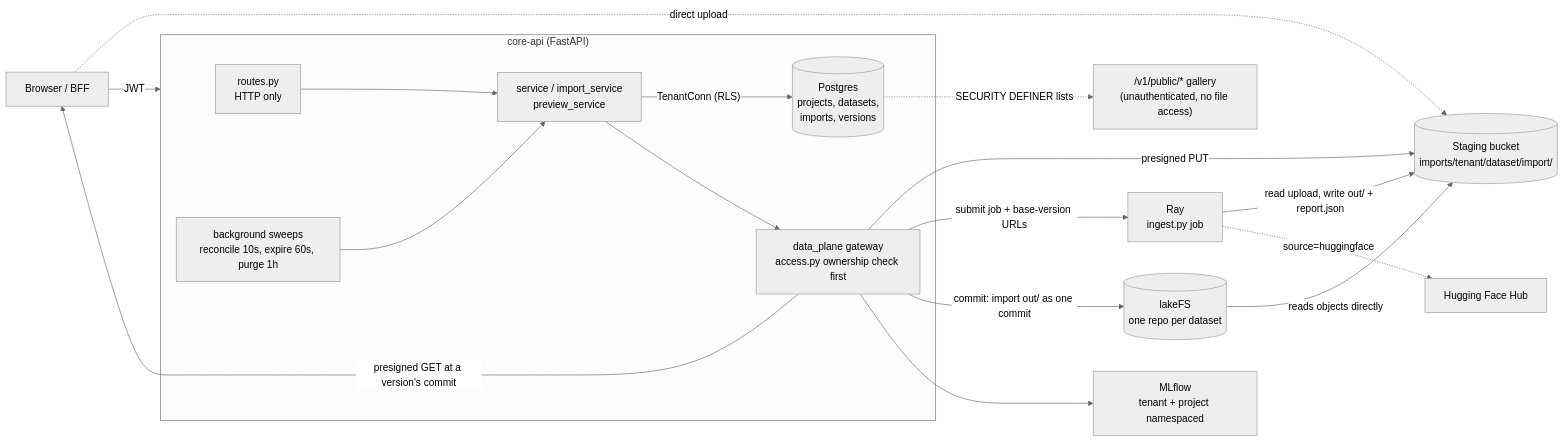
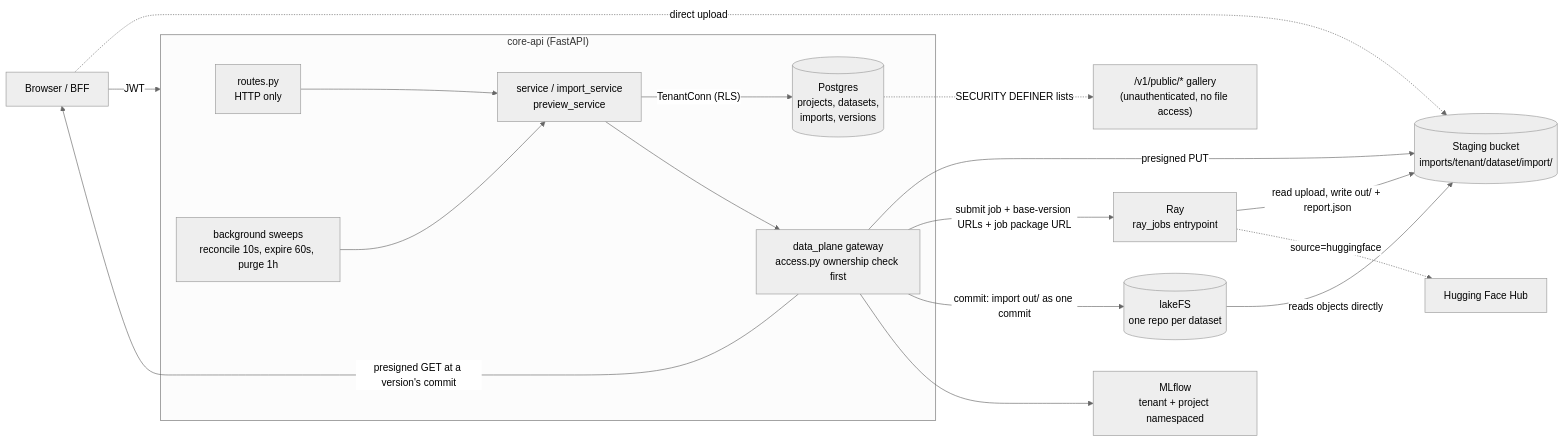
Before and after one commit to drills-pro/core-backend: the fourth of 5 diagrams in docs/datasets-architecture.md, drawn with Mermaid (neutral theme). The commit also changed other lines of this file and 15 other files, not shown here.

First line of the commit message:
feat(ingest): ship the ray_jobs package as a content-hashed zip instead of a base64 script

````diff
--- a/docs/datasets-architecture.md
+++ b/docs/datasets-architecture.md
@@ -104,20 +104,20 @@
 ```mermaid
 flowchart LR
     UI[Browser / BFF] -->|"JWT"| API
     subgraph API["core-api (FastAPI)"]
         R["routes.py<br/>HTTP only"] --> S["service / import_service<br/>preview_service"]
         S -->|"TenantConn (RLS)"| PG[("Postgres<br/>projects, datasets,<br/>imports, versions")]
         S --> GW["data_plane gateway<br/>access.py ownership check first"]
         BG["background sweeps<br/>reconcile 10s, expire 60s, purge 1h"] --> S
     end
     GW -->|"presigned PUT"| STG[("Staging bucket<br/>imports/tenant/dataset/import/")]
     UI -.->|"direct upload"| STG
-    GW -->|"submit job + base-version URLs"| RAY["Ray<br/>ingest.py job"]
+    GW -->|"submit job + base-version URLs + job package URL"| RAY["Ray<br/>ray_jobs entrypoint"]
     RAY -->|"read upload, write out/ + report.json"| STG
     RAY -.->|"source=huggingface"| HF[Hugging Face Hub]
     GW -->|"commit: import out/ as one commit"| LFS[("lakeFS<br/>one repo per dataset")]
     LFS -->|"reads objects directly"| STG
     GW -->|"presigned GET at a version's commit"| UI
     GW --> MLF["MLflow<br/>tenant + project namespaced"]
     PG -.->|"SECURITY DEFINER lists"| PUB["/v1/public/* gallery<br/>(unauthenticated, no file access)"]
 ```
````
